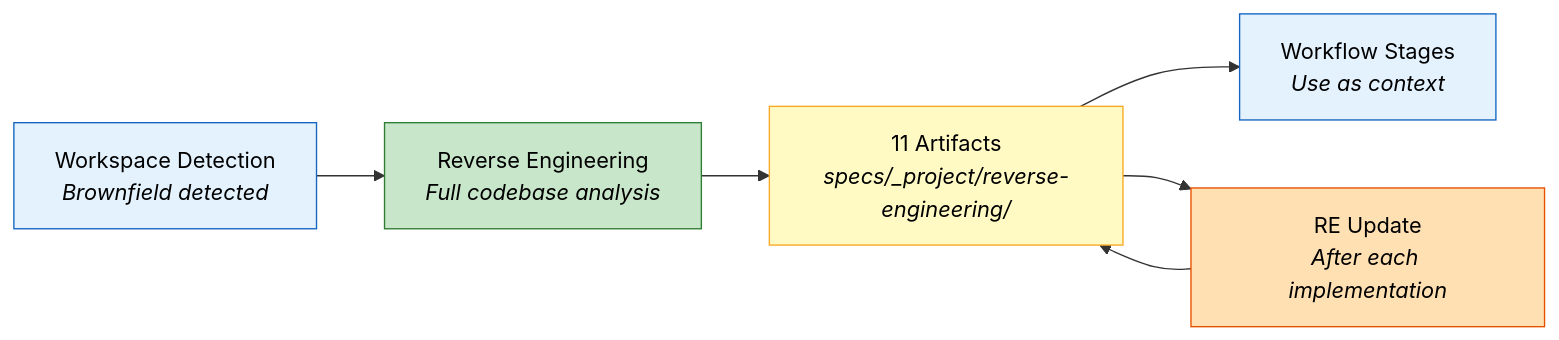
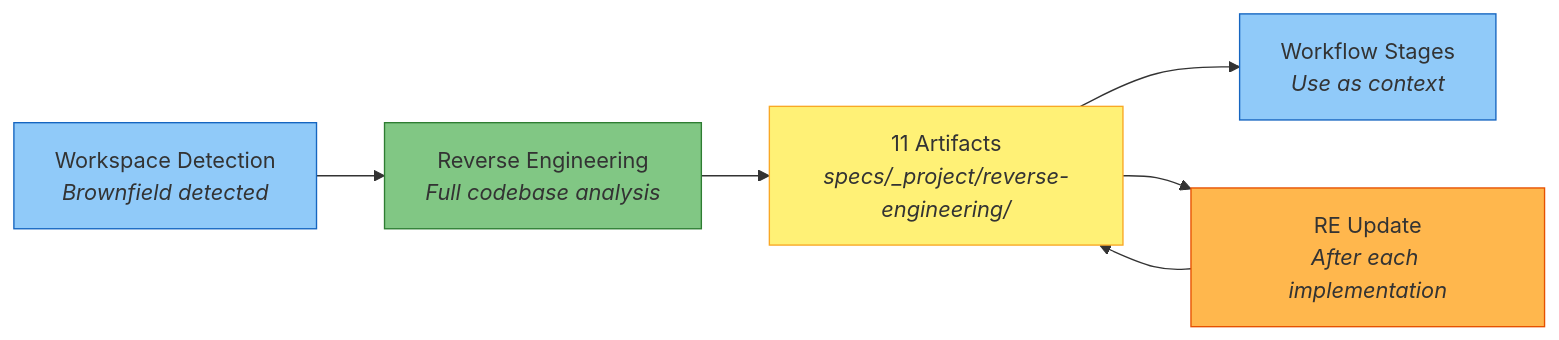
Before and after one commit to premkumarjanagarajan/fluid-flow-ai: the diagram in docs/REVERSE-ENGINEERING.md, drawn with Mermaid. The commit also changed 12 other files, not shown here.

First line of the commit message:
Update Mermaid diagram styles for dark and light theme compatibility

````diff
--- a/docs/REVERSE-ENGINEERING.md
+++ b/docs/REVERSE-ENGINEERING.md
@@ -33,14 +33,14 @@
 ```mermaid
 flowchart LR
     WD["Workspace Detection<br/><i>Brownfield detected</i>"] --> RE["Reverse Engineering<br/><i>Full codebase analysis</i>"]
     RE --> ARTS["11 Artifacts<br/><i>specs/_project/reverse-engineering/</i>"]
     ARTS --> WF["Workflow Stages<br/><i>Use as context</i>"]
     ARTS --> REU["RE Update<br/><i>After each implementation</i>"]
     REU --> ARTS
 
-    style WD fill:#E3F2FD,stroke:#1565C0,color:#000
-    style RE fill:#C8E6C9,stroke:#2E7D32,color:#000
-    style ARTS fill:#FFF9C4,stroke:#F9A825,color:#000
-    style WF fill:#E3F2FD,stroke:#1565C0,color:#000
-    style REU fill:#FFE0B2,stroke:#E65100,color:#000
+    style WD fill:#90CAF9,stroke:#1565C0
+    style RE fill:#81C784,stroke:#2E7D32
+    style ARTS fill:#FFF176,stroke:#F9A825
+    style WF fill:#90CAF9,stroke:#1565C0
+    style REU fill:#FFB74D,stroke:#E65100
 ```
````
